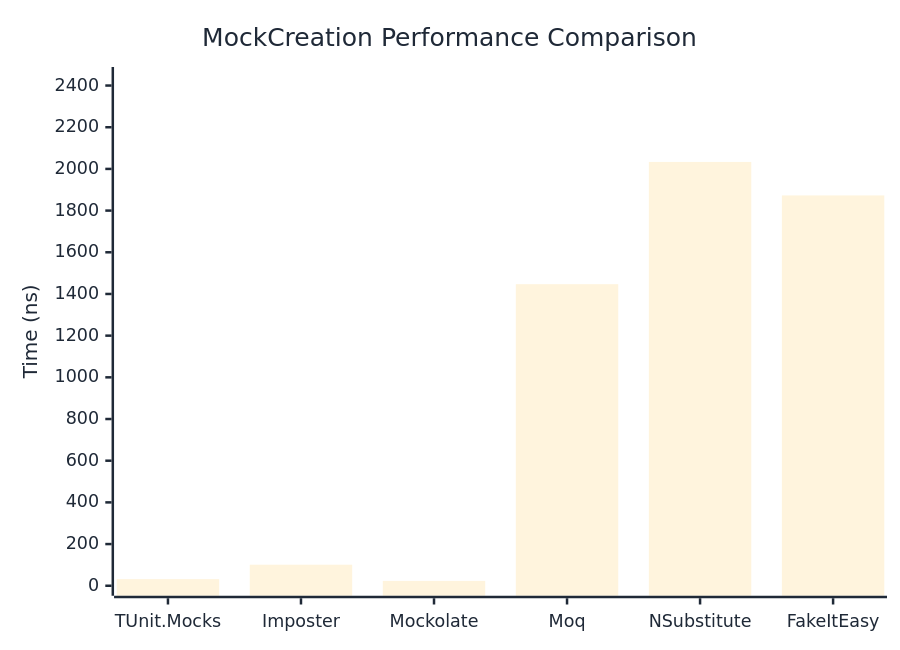
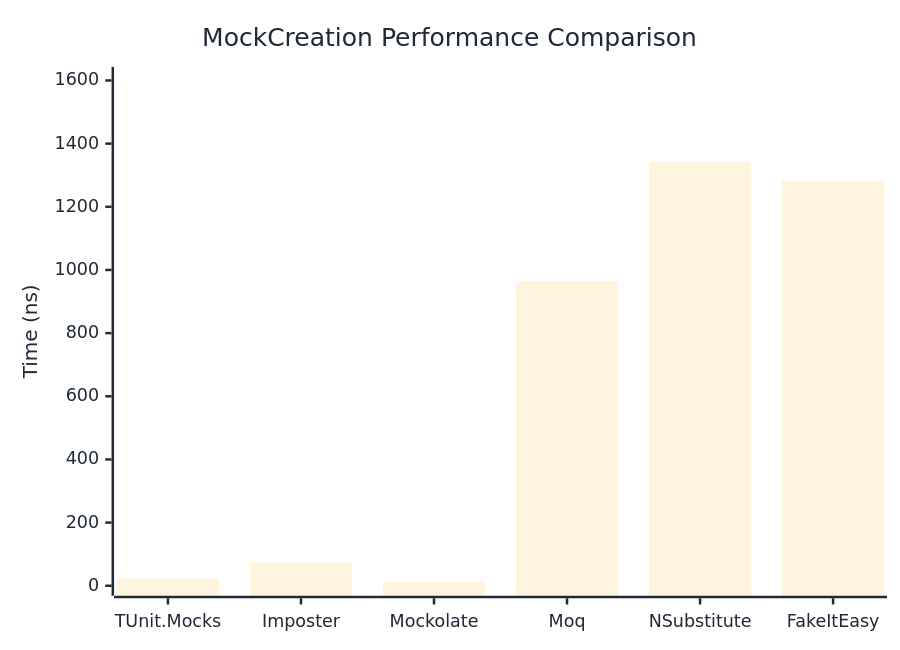
One commit to thomhurst/TUnit changed the first of 2 diagrams in docs/docs/benchmarks/mocks/MockCreation.md. Above: the diagram before and after it, drawn with Mermaid. The commit also changed other lines of this file and 14 other files, not shown here.

````diff
--- a/docs/docs/benchmarks/mocks/MockCreation.md
+++ b/docs/docs/benchmarks/mocks/MockCreation.md
@@ -30,27 +30,27 @@
 ```mermaid
 %%{init: {
   'theme':'base',
   'themeVariables': {
     'primaryColor': '#2563eb',
     'primaryTextColor': '#1f2937',
     'primaryBorderColor': '#1e40af',
     'lineColor': '#6b7280',
     'secondaryColor': '#7c3aed',
     'tertiaryColor': '#dc2626',
     'background': '#ffffff',
     'pie1': '#2563eb',
     'pie2': '#7c3aed',
     'pie3': '#dc2626',
     'pie4': '#f59e0b',
     'pie5': '#10b981',
     'pie6': '#06b6d4',
     'pie7': '#ec4899',
     'pie8': '#6366f1'
   }
 }}%%
 xychart-beta
   title "MockCreation Performance Comparison"
   x-axis ["TUnit.Mocks", "Imposter", "Mockolate", "Moq", "NSubstitute", "FakeItEasy"]
-  y-axis "Time (ns)" 0 --> 2441
-  bar [31.76, 100.96, 23.21, 1446.86, 2033.47, 1872.78]
+  y-axis "Time (ns)" 0 --> 1611
+  bar [22.39, 74.38, 13.05, 963.74, 1342.48, 1282.32]
 ```
````
